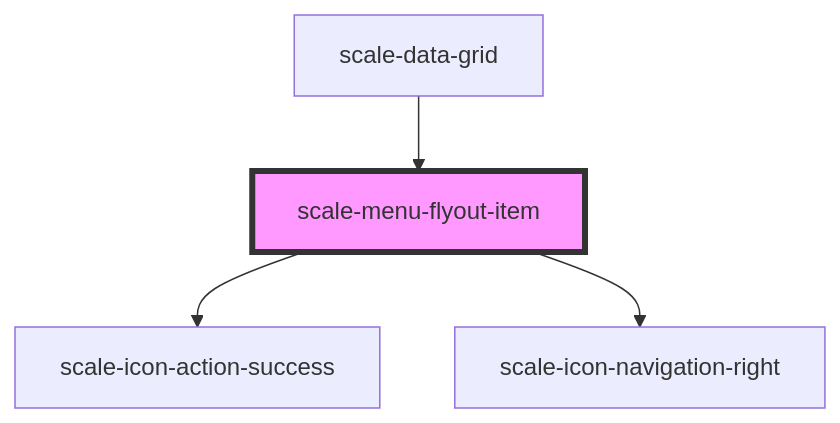
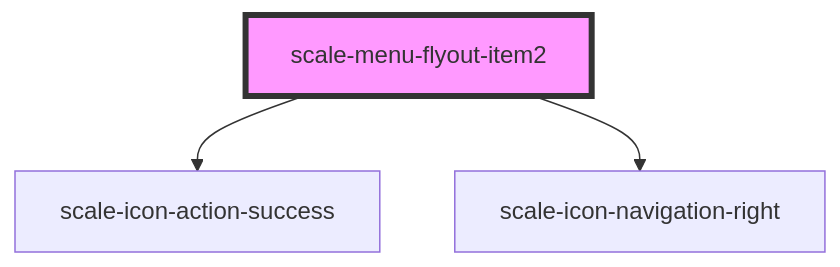
The diagram in packages/components/src/components/menu-flyout-item2/readme.md (telekom/scale), drawn with Mermaid before and after one commit. The commit also changed other lines of this file and 6 other files, not shown here.

Commit message:
refactor(menu-flyout): move logic from list into item

````diff
--- a/packages/components/src/components/menu-flyout-item2/readme.md
+++ b/packages/components/src/components/menu-flyout-item2/readme.md
@@ -65,7 +59,6 @@
 ```mermaid
 graph TD;
-  scale-menu-flyout-item --> scale-icon-action-success
-  scale-menu-flyout-item --> scale-icon-navigation-right
-  scale-data-grid --> scale-menu-flyout-item
-  style scale-menu-flyout-item fill:#f9f,stroke:#333,stroke-width:4px
+  scale-menu-flyout-item2 --> scale-icon-action-success
+  scale-menu-flyout-item2 --> scale-icon-navigation-right
+  style scale-menu-flyout-item2 fill:#f9f,stroke:#333,stroke-width:4px
 ```
````
